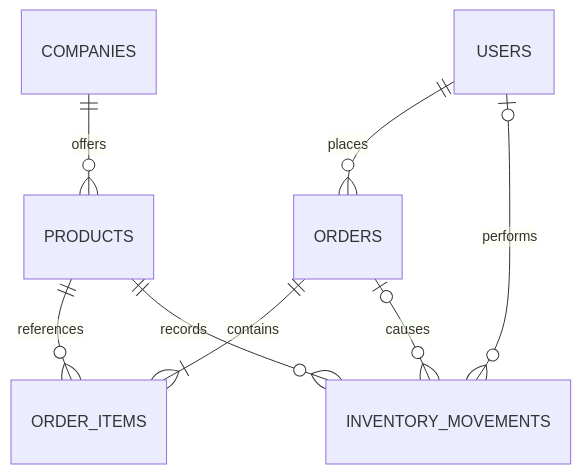
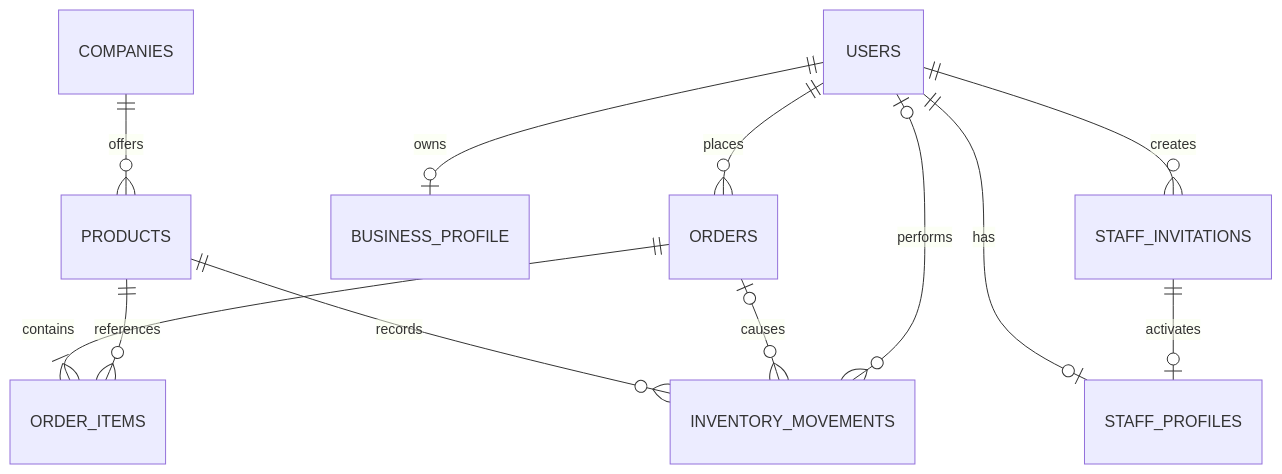
The diagram in docs/ARCHITECTURE.md (marambadarne2000/Mavelle), drawn with Mermaid before and after one commit. The commit also changed 42 other files, not shown here.

````diff
--- a/docs/ARCHITECTURE.md
+++ b/docs/ARCHITECTURE.md
@@ -19,10 +19,14 @@
 ```mermaid
 erDiagram
     COMPANIES ||--o{ PRODUCTS : offers
+    USERS ||--o| BUSINESS_PROFILE : owns
+    USERS ||--o| STAFF_PROFILES : has
+    USERS ||--o{ STAFF_INVITATIONS : creates
+    STAFF_INVITATIONS ||--o| STAFF_PROFILES : activates
     USERS ||--o{ ORDERS : places
     ORDERS ||--|{ ORDER_ITEMS : contains
     PRODUCTS ||--o{ ORDER_ITEMS : references
     PRODUCTS ||--o{ INVENTORY_MOVEMENTS : records
     ORDERS o|--o{ INVENTORY_MOVEMENTS : causes
     USERS o|--o{ INVENTORY_MOVEMENTS : performs
 ```
````
